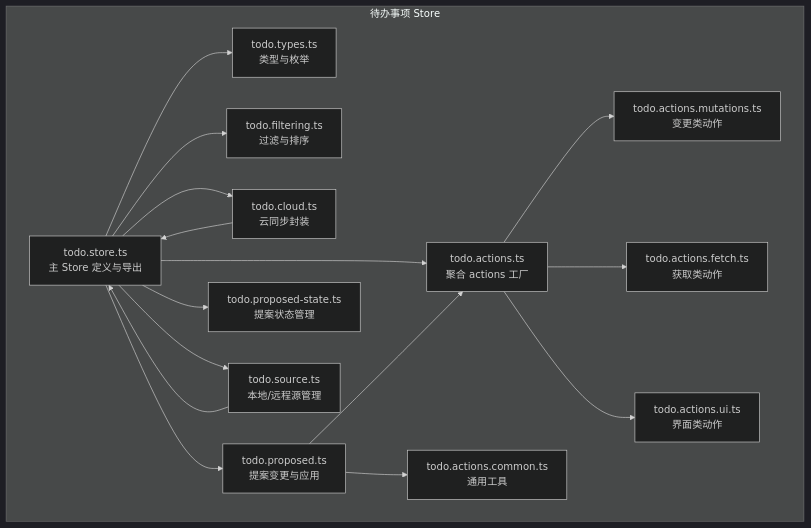
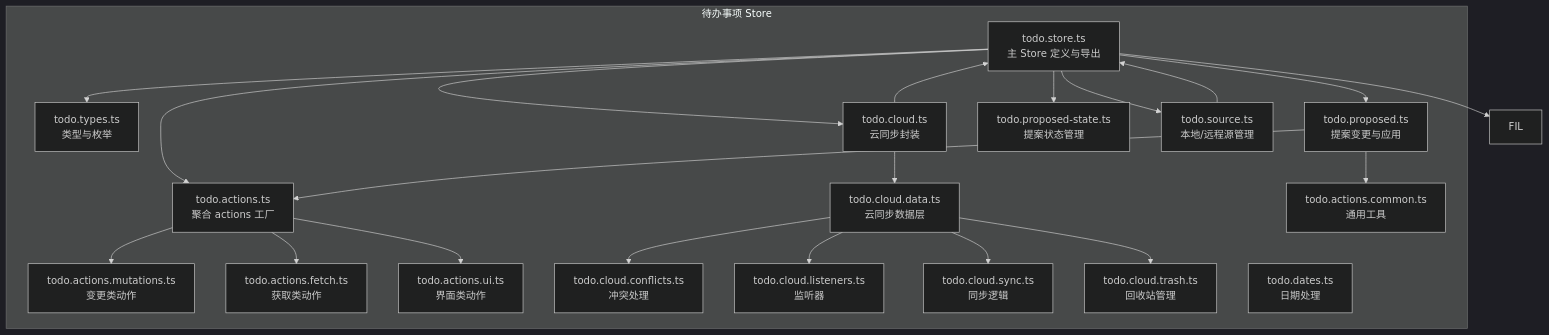
Before and after one commit to xixixiaoyu/Todo: the first of 4 diagrams in .qoder/repowiki/zh/content/前端开发/状态管理/待办事项状态.md, drawn with Mermaid (dark theme). The commit also changed other lines of this file and 3 other files, not shown here.

````diff
--- a/.qoder/repowiki/zh/content/前端开发/状态管理/待办事项状态.md
+++ b/.qoder/repowiki/zh/content/前端开发/状态管理/待办事项状态.md
@@ -45,31 +60,41 @@
 ```mermaid
 graph TB
 subgraph "待办事项 Store"
 TS["todo.store.ts<br/>主 Store 定义与导出"]
 TYP["todo.types.ts<br/>类型与枚举"]
 ACT["todo.actions.ts<br/>聚合 actions 工厂"]
 MUT["todo.actions.mutations.ts<br/>变更类动作"]
 FET["todo.actions.fetch.ts<br/>获取类动作"]
 UIA["todo.actions.ui.ts<br/>界面类动作"]
-FIL["todo.filtering.ts<br/>过滤与排序"]
 CLO["todo.cloud.ts<br/>云同步封装"]
+CLOD["todo.cloud.data.ts<br/>云同步数据层"]
+CLOC["todo.cloud.conflicts.ts<br/>冲突处理"]
+CLOL["todo.cloud.listeners.ts<br/>监听器"]
+CLOS["todo.cloud.sync.ts<br/>同步逻辑"]
+CLT["todo.cloud.trash.ts<br/>回收站管理"]
 PRO["todo.proposed.ts<br/>提案变更与应用"]
 PST["todo.proposed-state.ts<br/>提案状态管理"]
 SRC["todo.source.ts<br/>本地/远程源管理"]
+DAT["todo.dates.ts<br/>日期处理"]
 COM["todo.actions.common.ts<br/>通用工具"]
 end
 TS --> TYP
 TS --> ACT
 TS --> FIL
 TS --> CLO
 TS --> PRO
 TS --> PST
 TS --> SRC
 ACT --> MUT
 ACT --> FET
 ACT --> UIA
 PRO --> ACT
 PRO --> COM
 SRC --> TS
+CLO --> CLOD
+CLOD --> CLOC
+CLOD --> CLOL
+CLOD --> CLOS
+CLOD --> CLT
 CLO --> TS
 ```
````
